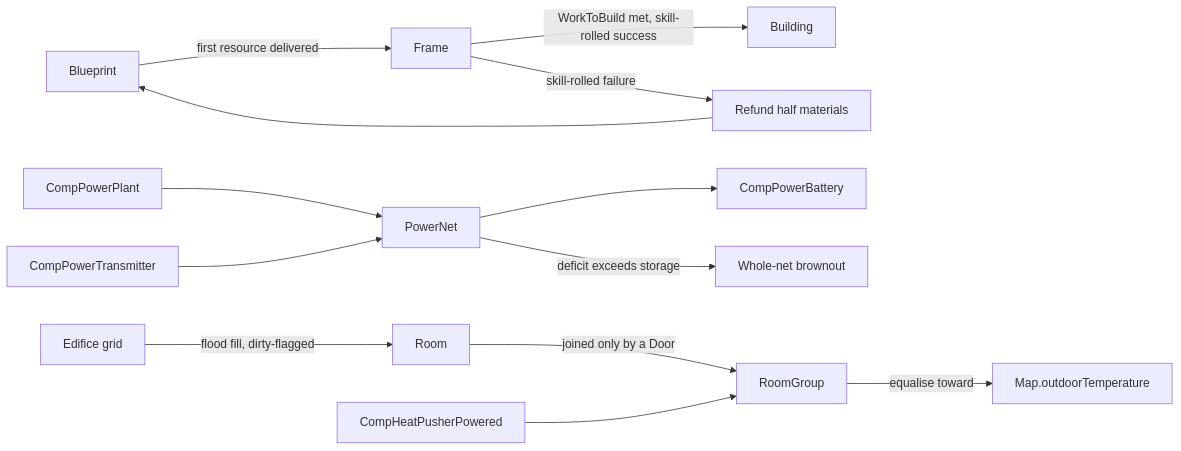
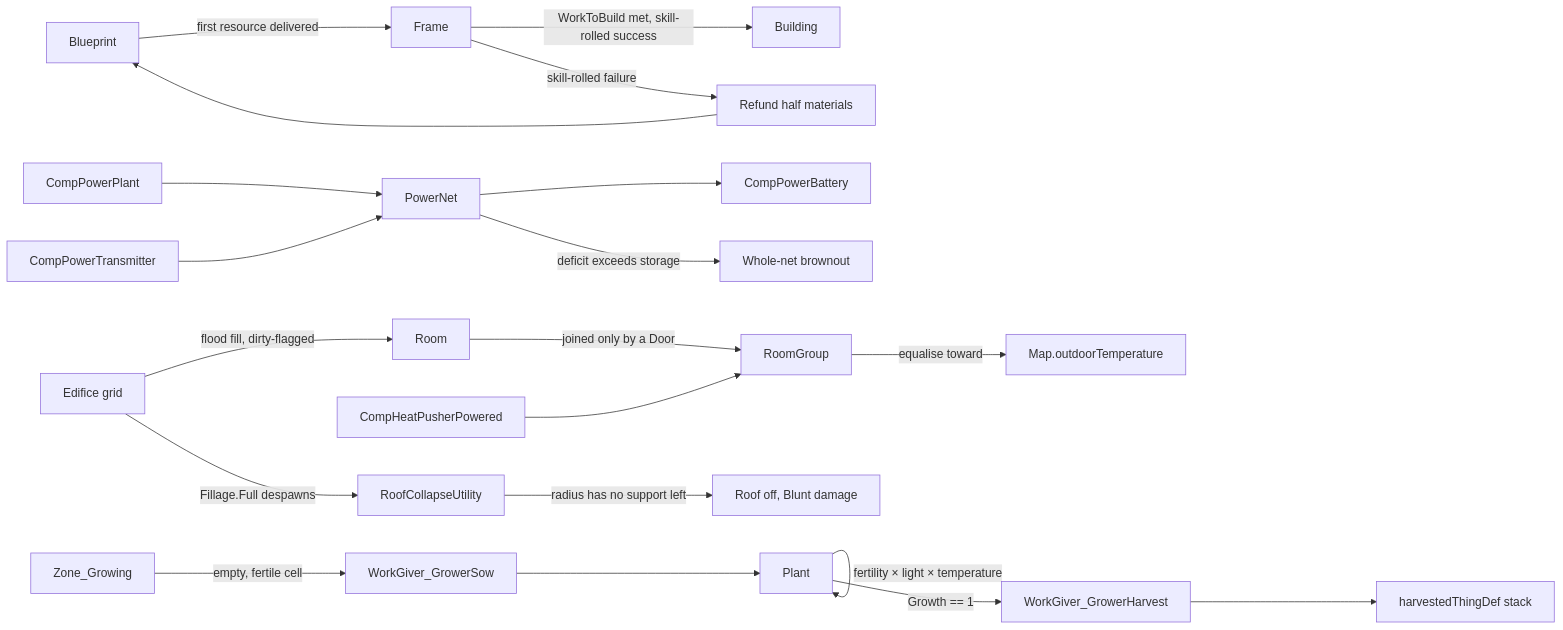
Before and after one commit to m2windham/simWorld: the tenth of 13 diagrams in docs/spec/simworld-spec.md, drawn with Mermaid. The commit also changed other lines of this file and 59 other files, not shown here.

````diff
--- a/docs/spec/simworld-spec.md
+++ b/docs/spec/simworld-spec.md
@@ -658,16 +819,25 @@
 ```mermaid
 flowchart LR
   Blueprint -->|first resource delivered| Frame
   Frame -->|WorkToBuild met, skill-rolled success| Building
   Frame -->|skill-rolled failure| Refund[Refund half materials] --> Blueprint
 
   Producer[CompPowerPlant] --> Net[PowerNet]
   Transmitter[CompPowerTransmitter] --> Net
   Net --> Battery[CompPowerBattery]
   Net -->|deficit exceeds storage| Brownout[Whole-net brownout]
 
   Edifices[Edifice grid] -->|flood fill, dirty-flagged| Rooms[Room]
   Rooms -->|joined only by a Door| Groups[RoomGroup]
   Groups -->|equalise toward| Outdoor[Map.outdoorTemperature]
   Heater[CompHeatPusherPowered] --> Groups
+
+  Edifices -->|Fillage.Full despawns| RoofCheck[RoofCollapseUtility]
+  RoofCheck -->|radius has no support left| Collapse[Roof off, Blunt damage]
+
+  GrowingZone[Zone_Growing] -->|empty, fertile cell| Sow[WorkGiver_GrowerSow]
+  Sow --> PlantThing[Plant]
+  PlantThing -->|fertility × light × temperature| PlantThing
+  PlantThing -->|Growth == 1| Harvest[WorkGiver_GrowerHarvest]
+  Harvest --> Yield[harvestedThingDef stack]
 ```
````
